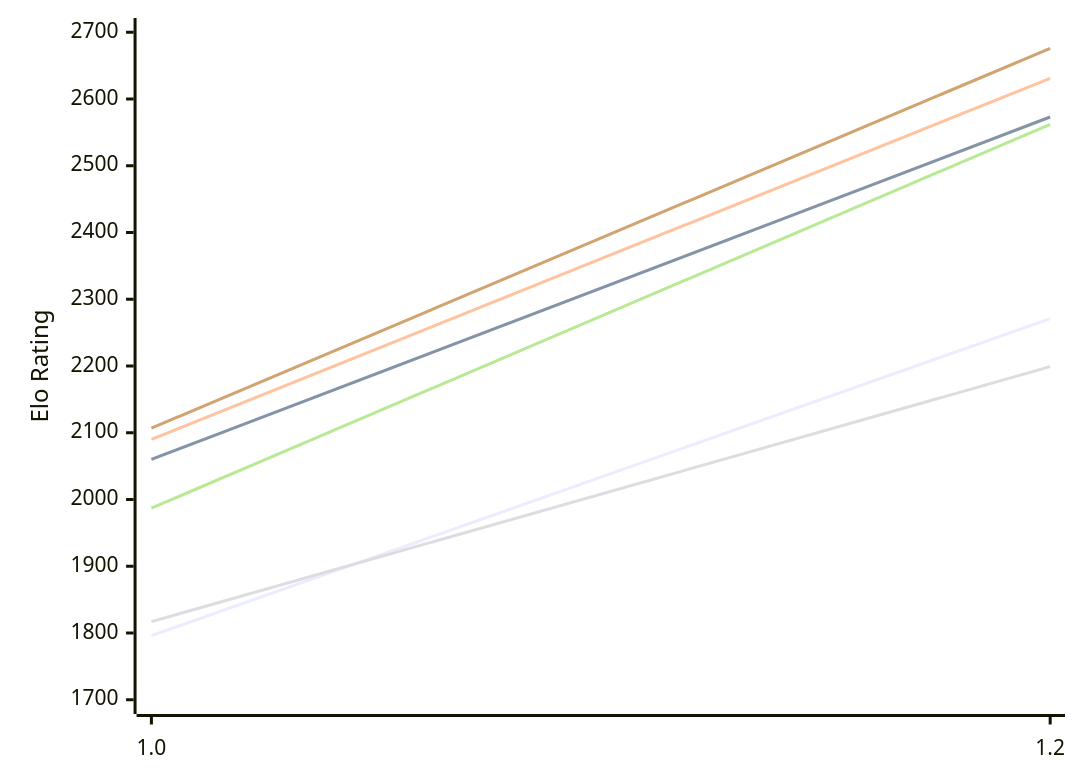
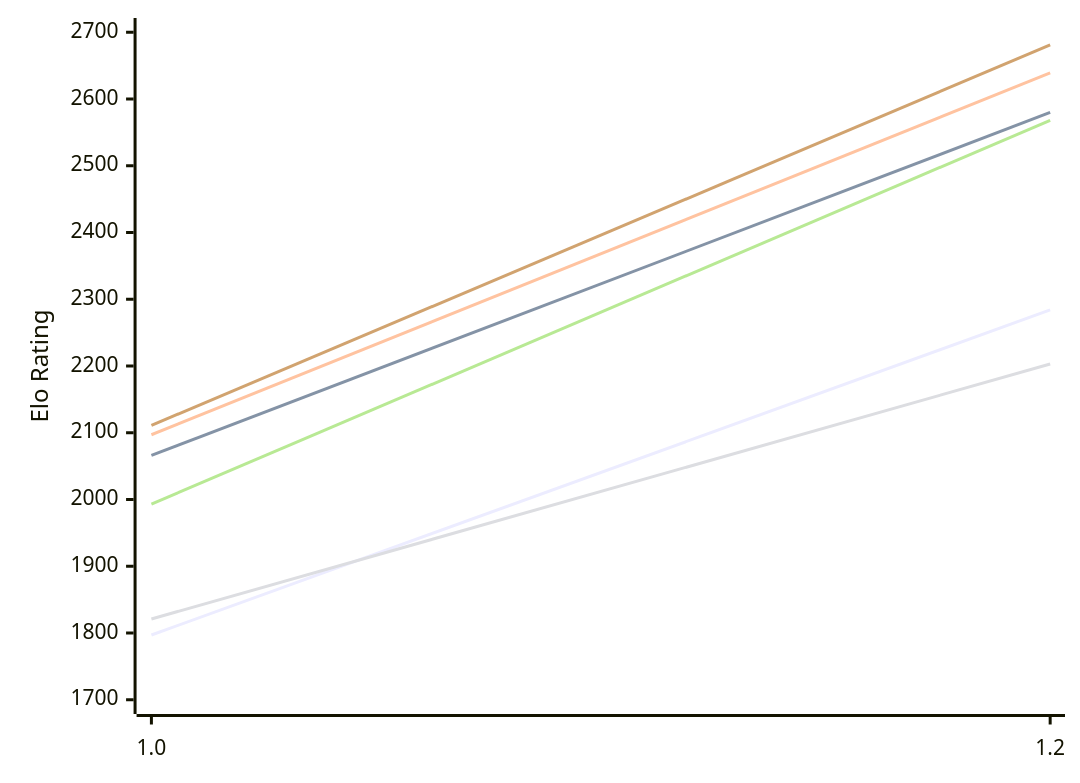
The first of 2 diagrams in engines/Echekinator.md (computer-chess-index/cci), drawn with Mermaid before and after one commit. The commit also changed other lines of this file, not shown here.

Commit message:
Update CCI Ratings (ELO VLTC) - 2026-11-03

````diff
--- a/engines/Echekinator.md
+++ b/engines/Echekinator.md
@@ -50,12 +50,12 @@
 ```mermaid
 %%{init: {"theme":"base","themeVariables":{"seriesColors:['#a3a3a3','#222221','#faa371']}}}%%
 xychart-beta
   x-axis ["1.0", "1.2"]
   y-axis "Elo Rating" 1700 --> 2700
-  line "E1: STC (8.0+0.08s)" [1796, 2271]
-  line "E1: LTC (60.0+0.60s)" [2060, 2573]
-  line "E1: VLTC (2m24s+1.12s)" [2090, 2631]
-  line "P1: STC (8.0+0.08s)" [1817, 2199]
-  line "P1: LTC (60.0+0.60s)" [1987, 2562]
-  line "P1: VLTC (2m24s+1.12s)" [2107, 2676]
+  line "E1: STC (8.0+0.08s)" [1797, 2284]
+  line "E1: LTC (60.0+0.60s)" [2066, 2580]
+  line "E1: VLTC (2m24s+1.12s)" [2097, 2639]
+  line "P1: STC (8.0+0.08s)" [1821, 2203]
+  line "P1: LTC (60.0+0.60s)" [1993, 2568]
+  line "P1: VLTC (2m24s+1.12s)" [2111, 2681]
 ```
````
